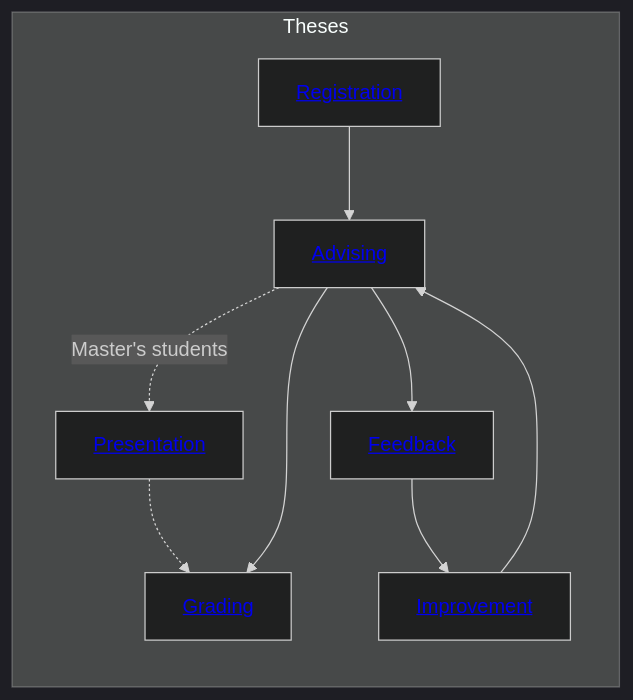
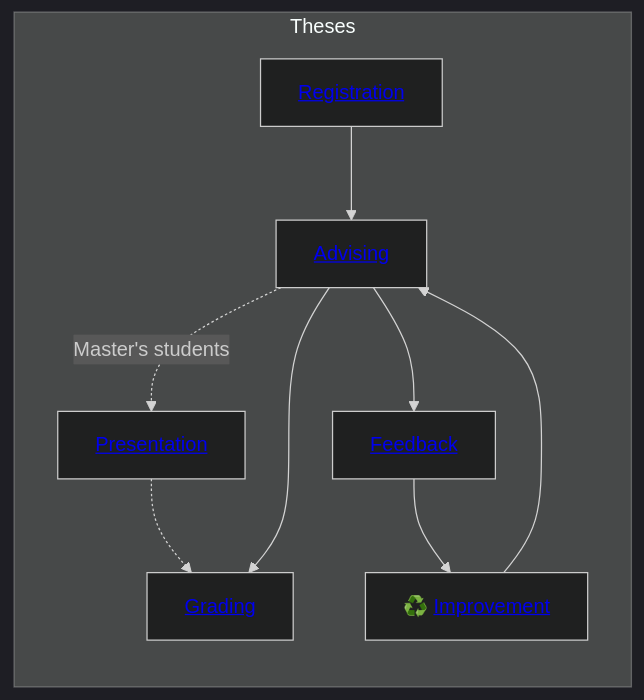
Before and after one commit to digital-work-lab/handbook: the second of 2 diagrams in docs/30-teaching/index.md, drawn with Mermaid (dark theme). The commit also changed other lines of this file, not shown here.

````diff
--- a/docs/30-teaching/index.md
+++ b/docs/30-teaching/index.md
@@ -40,13 +40,13 @@
 ```mermaid
 flowchart TB
     subgraph Theses
         direction TB
         Registration["<a href='30_processes/30.40.theses.html#registration'>Registration</a>"] --> Advising["<a href='30_processes/30.40.theses.html#advising'>Advising</a>"]
         Advising -. Master's students .-> Presentation["<a href='30_processes/30.40.theses.html#thesis-presentation'>Presentation</a>"]
         Presentation -.-> Grading
         Advising --> Grading["<a href='30_processes/30.40.theses.html#grading'>Grading</a>"]
         Advising --> Feedback["<a href='https://digital-work-lab.github.io/theses/docs/feedback.html'>Feedback</a>"]
-        Improvement["<a href='30_processes/30.22.improvements.html'>Improvement</a>"] --> Advising
+        Improvement["♻️ <a href='30_processes/30.22.improvements.html'>Improvement</a>"] --> Advising
         Feedback --> Improvement
     end
 ```
````
